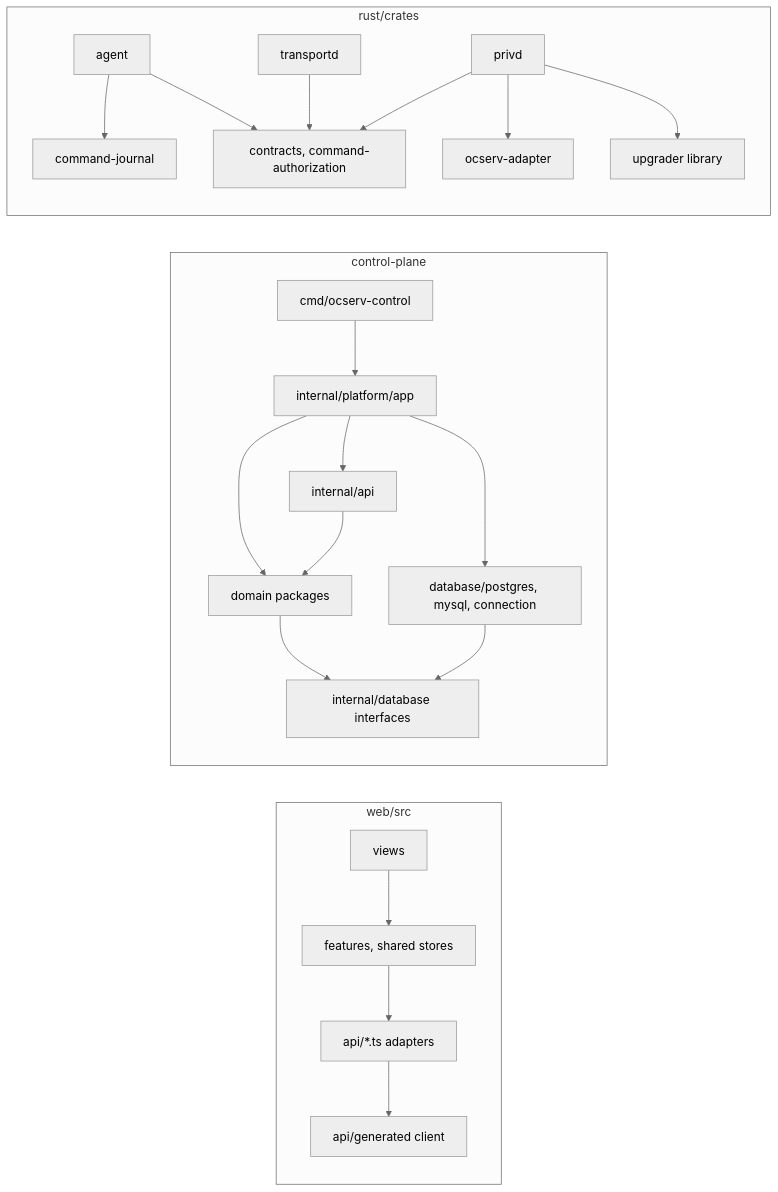
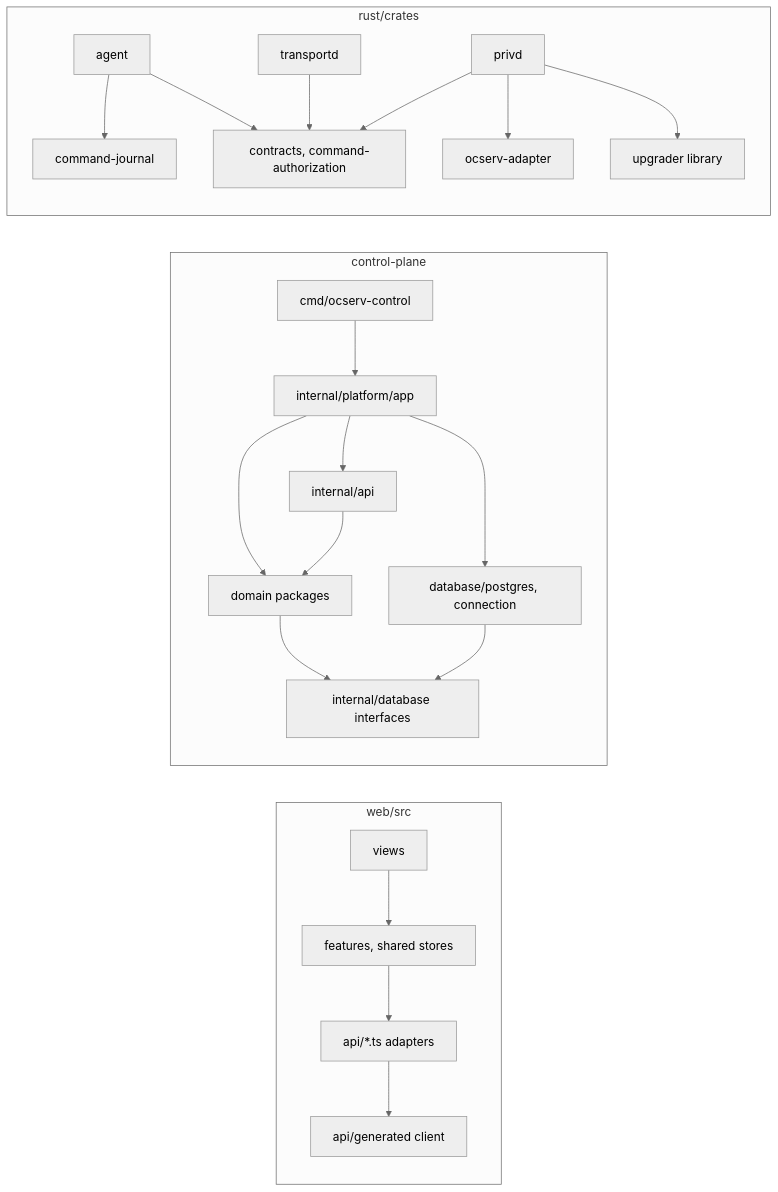
One commit to GentleKingson/ocservia changed the second of 2 diagrams in docs/architecture.md. Above: the diagram before and after it, drawn with Mermaid (neutral theme). The commit also changed other lines of this file and 214 other files, not shown here.

````diff
--- a/docs/architecture.md
+++ b/docs/architecture.md
@@ -334,25 +334,25 @@
 ```mermaid
 flowchart LR
     subgraph Web["web/src"]
         Views["views"] --> Features["features, shared stores"]
         Features --> Adapters["api/*.ts adapters"]
         Adapters --> Generated["api/generated client"]
     end
     subgraph Go["control-plane"]
         Cmd["cmd/ocserv-control"] --> App["internal/platform/app"]
         App --> HTTP["internal/api"]
         App --> Domain["domain packages"]
         HTTP --> Domain
         Domain --> DB["internal/database interfaces"]
-        App --> Drivers["database/postgres, mysql, connection"]
+        App --> Drivers["database/postgres, connection"]
         Drivers --> DB
     end
     subgraph Rust["rust/crates"]
         Agent["agent"] --> Journal["command-journal"]
         Agent --> RustContracts["contracts, command-authorization"]
         Transportd["transportd"] --> RustContracts
         Privd["privd"] --> Adapter["ocserv-adapter"]
         Privd --> Upgrader["upgrader library"]
         Privd --> RustContracts
     end
 ```
````
